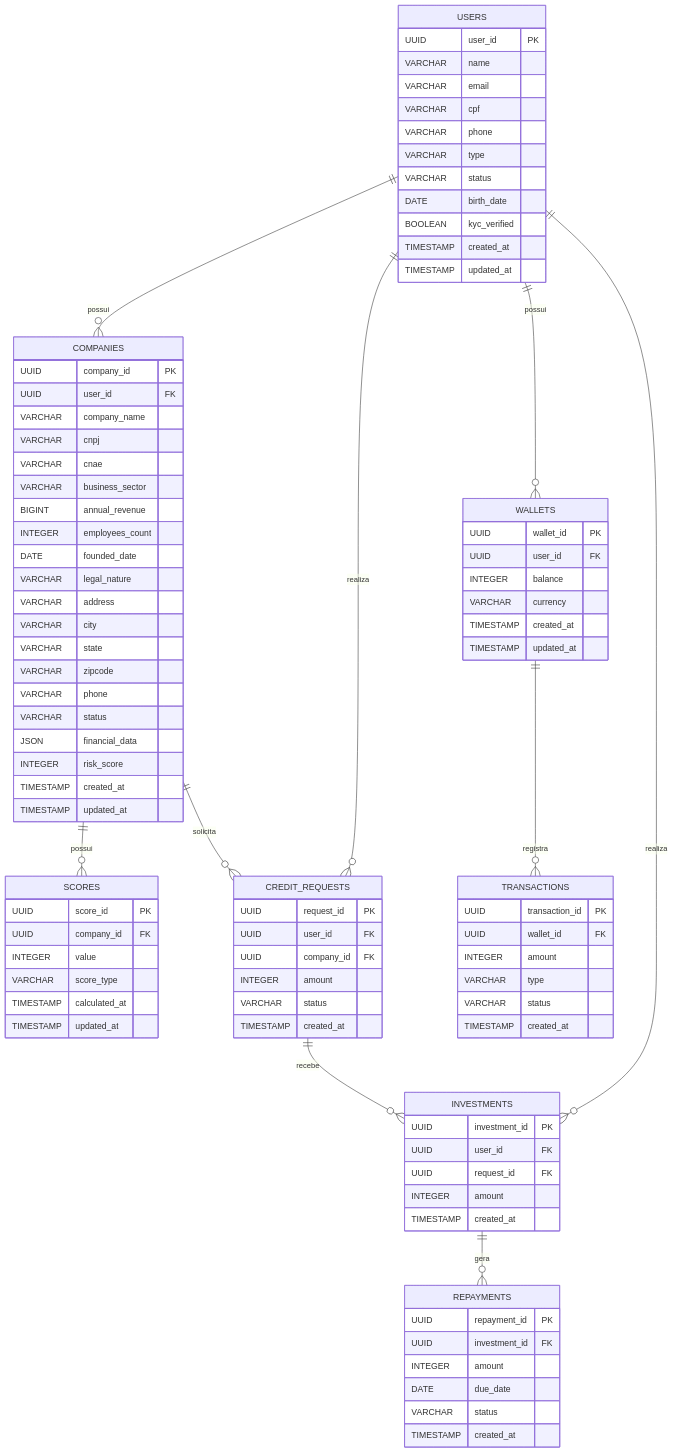
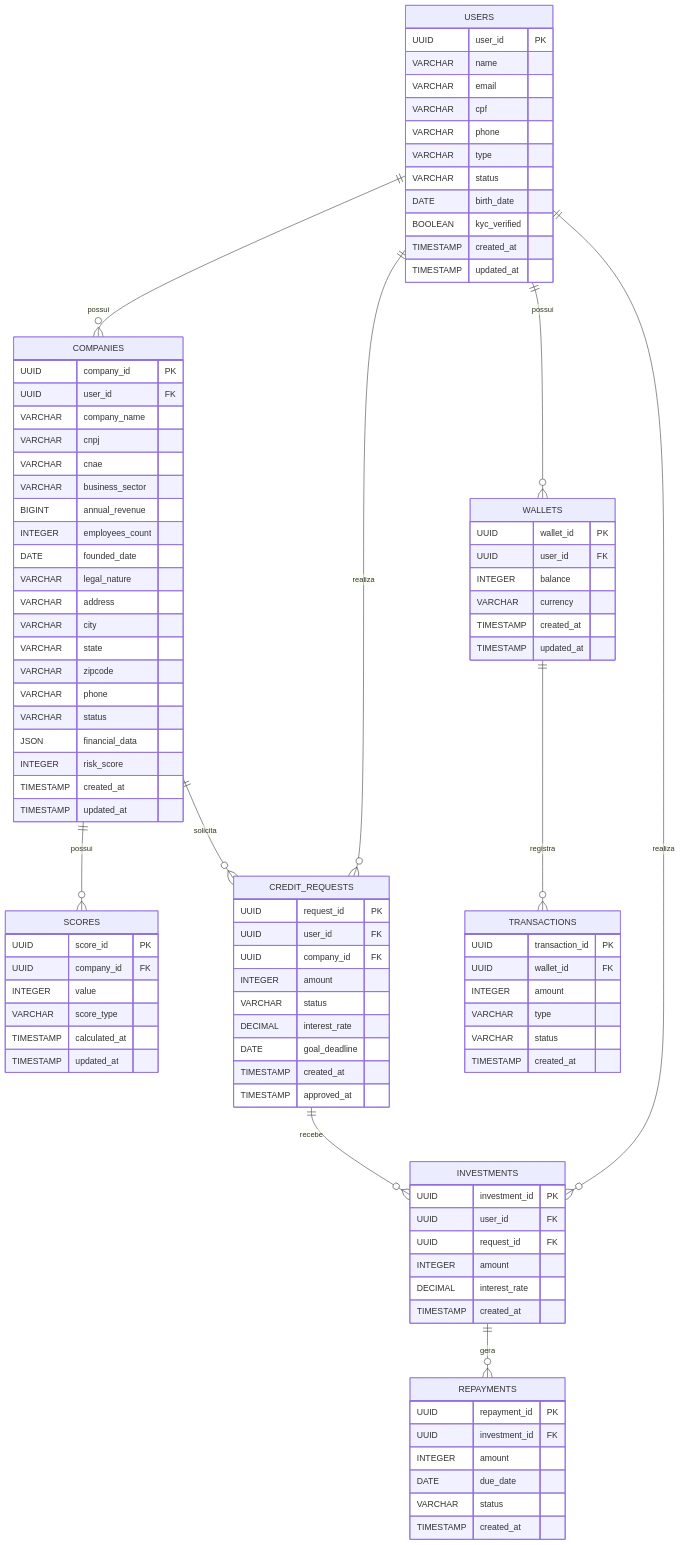
Before and after one commit to QInvest/qinvest: the diagram in README.md, drawn with Mermaid.

Commit message:
docs: Update README.md to include 'interest_rate' and 'goal_deadline' fields in the INVESTMENTS entity

```diff
--- a/README.md
+++ b/README.md
@@ -61,14 +61,18 @@
 		UUID company_id FK ""  
 		INTEGER amount  ""  
 		VARCHAR status  ""  
+		DECIMAL interest_rate  ""  
+		DATE goal_deadline  ""  
 		TIMESTAMP created_at  ""  
+		TIMESTAMP approved_at  ""  
 	}
 
 	INVESTMENTS {
 		UUID investment_id PK ""  
 		UUID user_id FK ""  
 		UUID request_id FK ""  
-		INTEGER amount  ""   
+		INTEGER amount  ""  
+		DECIMAL interest_rate  ""  
 		TIMESTAMP created_at  ""  
 	}
 
```
